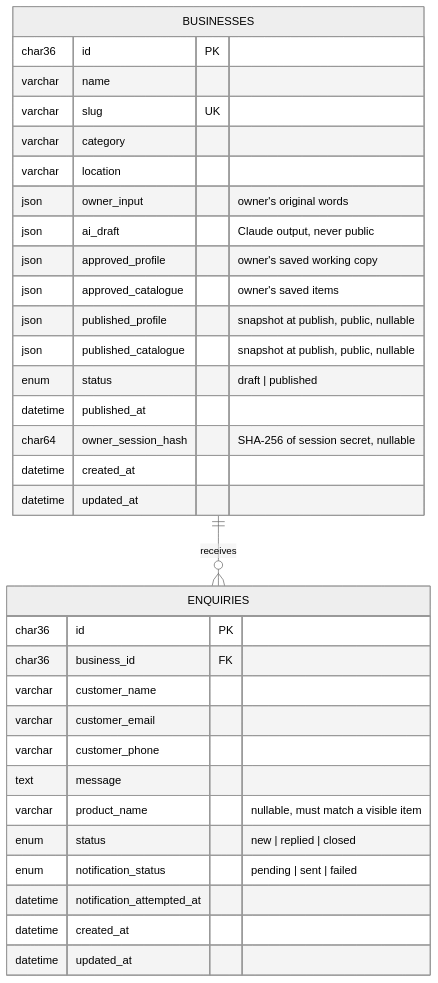
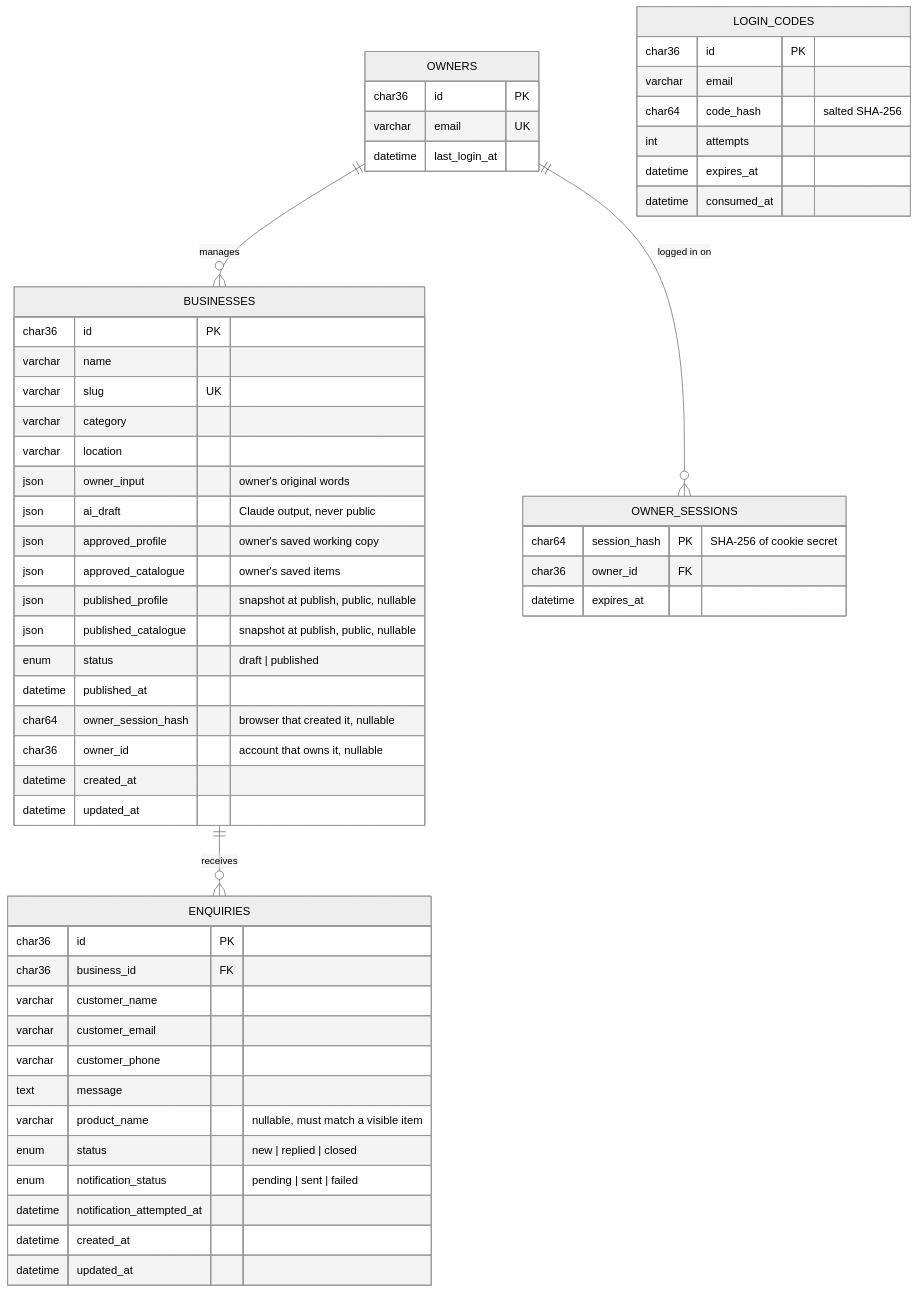
Before and after one commit to sakshi13-m/BizDwaar: the fourth of 5 diagrams in docs/architecture.md, drawn with Mermaid (neutral theme). The commit also changed other lines of this file and 30 other files, not shown here.

First line of the commit message:
Owner email login, logout and admin view

````diff
--- a/docs/architecture.md
+++ b/docs/architecture.md
@@ -113,36 +115,57 @@
 ```mermaid
 erDiagram
   BUSINESSES ||--o{ ENQUIRIES : receives
   BUSINESSES {
     char36 id PK
     varchar name
     varchar slug UK
     varchar category
     varchar location
     json owner_input "owner's original words"
     json ai_draft "Claude output, never public"
     json approved_profile "owner's saved working copy"
     json approved_catalogue "owner's saved items"
     json published_profile "snapshot at publish, public, nullable"
     json published_catalogue "snapshot at publish, public, nullable"
     enum status "draft | published"
     datetime published_at
-    char64 owner_session_hash "SHA-256 of session secret, nullable"
+    char64 owner_session_hash "browser that created it, nullable"
+    char36 owner_id "account that owns it, nullable"
     datetime created_at
     datetime updated_at
+  }
+  OWNERS ||--o{ BUSINESSES : manages
+  OWNERS ||--o{ OWNER_SESSIONS : "logged in on"
+  OWNERS {
+    char36 id PK
+    varchar email UK
+    datetime last_login_at
+  }
+  OWNER_SESSIONS {
+    char64 session_hash PK "SHA-256 of cookie secret"
+    char36 owner_id FK
+    datetime expires_at
+  }
+  LOGIN_CODES {
+    char36 id PK
+    varchar email
+    char64 code_hash "salted SHA-256"
+    int attempts
+    datetime expires_at
+    datetime consumed_at
   }
   ENQUIRIES {
     char36 id PK
     char36 business_id FK
     varchar customer_name
     varchar customer_email
     varchar customer_phone
     text message
     varchar product_name "nullable, must match a visible item"
     enum status "new | replied | closed"
     enum notification_status "pending | sent | failed"
     datetime notification_attempted_at
     datetime created_at
     datetime updated_at
   }
 ```
````
